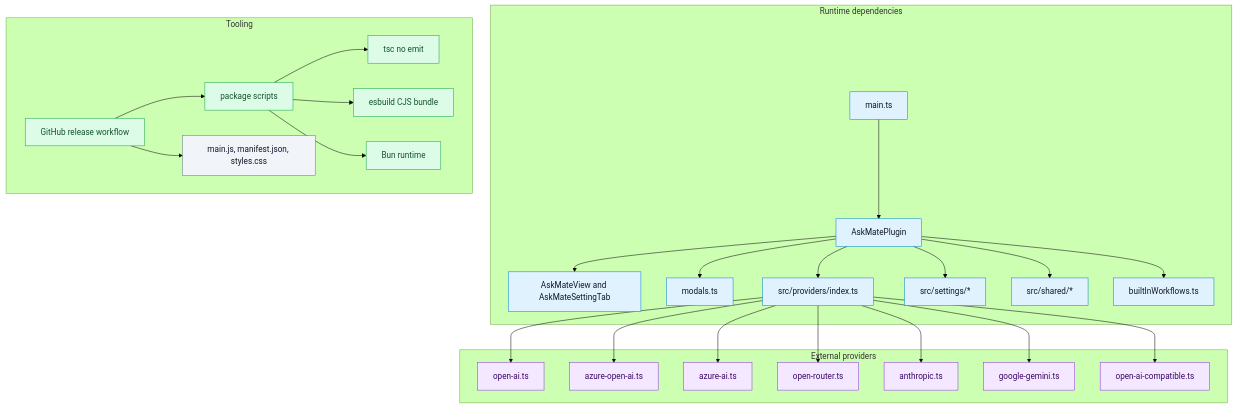
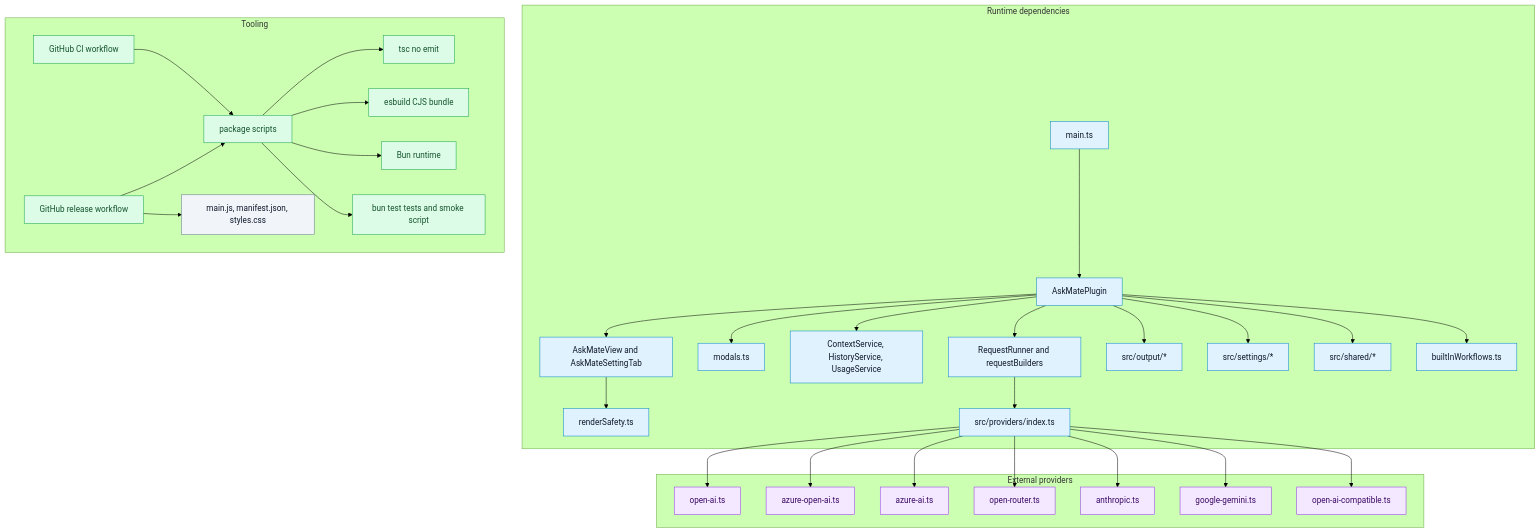
One commit to CodeWithBehnam/askmate changed the diagram in DigVis/05-dependency-map.md. Above: the diagram before and after it, drawn with Mermaid (forest theme). The commit also changed other lines of this file and 88 other files, not shown here.

````diff
--- a/DigVis/05-dependency-map.md
+++ b/DigVis/05-dependency-map.md
@@ -9,64 +9,76 @@
 ```mermaid
 flowchart TD
   Entry["main.ts"] --> Plugin["AskMatePlugin"]
   Plugin --> UI["AskMateView and AskMateSettingTab"]
   Plugin --> Modals["modals.ts"]
-  Plugin --> Providers["src/providers/index.ts"]
+  Plugin --> Services["ContextService, HistoryService, UsageService"]
+  Plugin --> Runner["RequestRunner and requestBuilders"]
+  Plugin --> Output["src/output/*"]
+  UI --> RenderSafety["renderSafety.ts"]
+  Runner --> Providers["src/providers/index.ts"]
   Plugin --> Settings["src/settings/*"]
   Plugin --> Shared["src/shared/*"]
   Plugin --> Workflows["builtInWorkflows.ts"]
 
   Providers --> OpenAI["open-ai.ts"]
   Providers --> AzureOpenAI["azure-open-ai.ts"]
   Providers --> AzureAI["azure-ai.ts"]
   Providers --> OpenRouter["open-router.ts"]
   Providers --> Anthropic["anthropic.ts"]
   Providers --> Gemini["google-gemini.ts"]
   Providers --> Compatible["open-ai-compatible.ts"]
 
   Build["package scripts"] --> TypeScript["tsc no emit"]
   Build --> Esbuild["esbuild CJS bundle"]
   Build --> Bun["Bun runtime"]
+  Build --> Tests["bun test tests and smoke script"]
+  CI["GitHub CI workflow"] --> Build
   Release["GitHub release workflow"] --> Build
   Release --> Assets["main.js, manifest.json, styles.css"]
 
   subgraph "Runtime dependencies"
     Entry
     Plugin
     UI
     Modals
+    Services
+    Runner
+    Output
+    RenderSafety
     Providers
     Settings
     Shared
     Workflows
   end
 
   subgraph "External providers"
     OpenAI
     AzureOpenAI
     AzureAI
     OpenRouter
     Anthropic
     Gemini
     Compatible
   end
 
   subgraph "Tooling"
     Build
     TypeScript
     Esbuild
     Bun
+    Tests
+    CI
     Release
     Assets
   end
 
   classDef core fill:#E0F2FE,stroke:#0284C7,color:#0F172A
   classDef external fill:#F3E8FF,stroke:#9333EA,color:#3B0764
   classDef test fill:#DCFCE7,stroke:#16A34A,color:#14532D
   classDef config fill:#F1F5F9,stroke:#64748B,color:#0F172A
 
-  class Entry,Plugin,UI,Modals,Providers,Settings,Shared,Workflows core
+  class Entry,Plugin,UI,Modals,Services,Runner,Output,RenderSafety,Providers,Settings,Shared,Workflows core
   class OpenAI,AzureOpenAI,AzureAI,OpenRouter,Anthropic,Gemini,Compatible external
-  class Build,TypeScript,Esbuild,Bun,Release test
+  class Build,TypeScript,Esbuild,Bun,Tests,CI,Release test
   class Assets config
 ```
````
